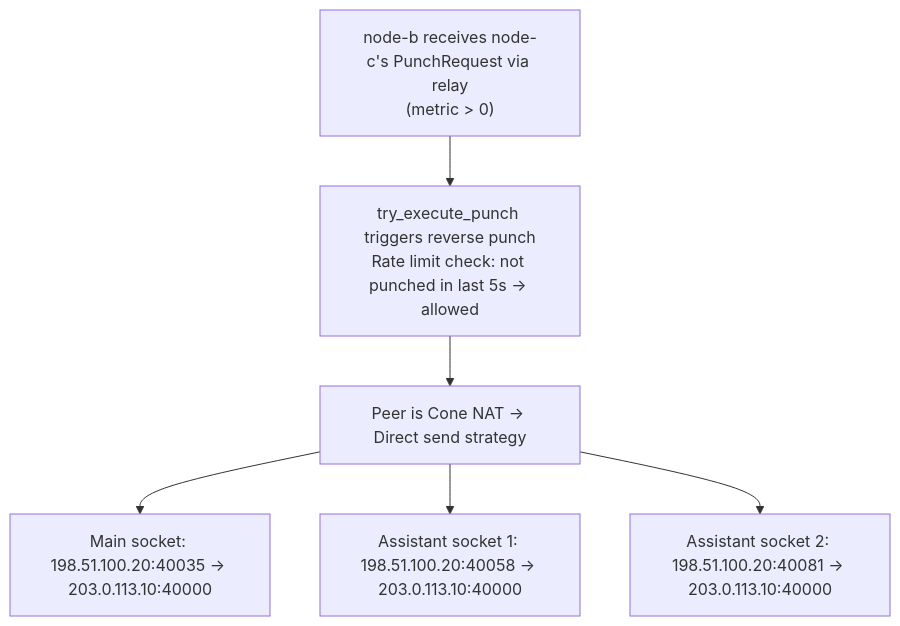
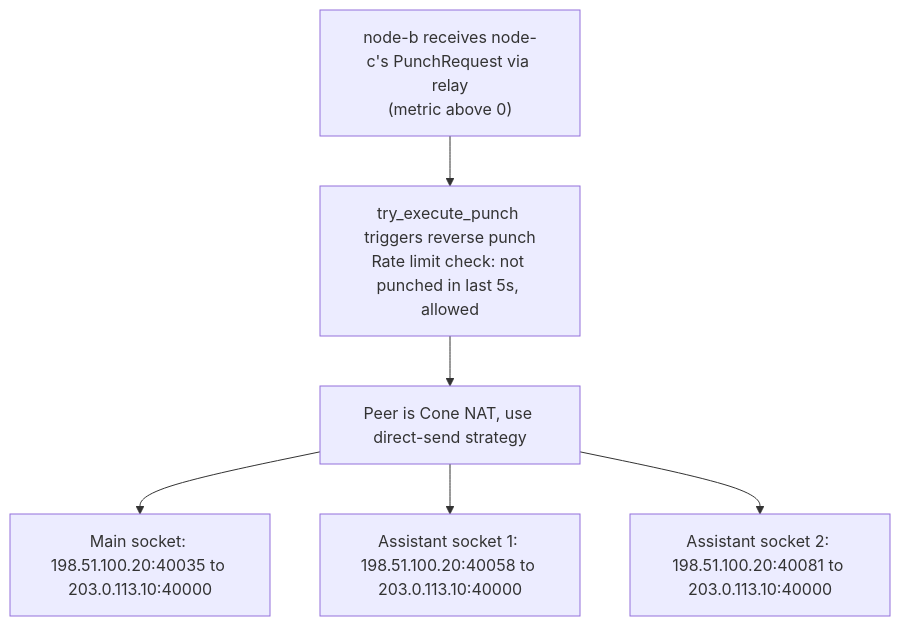
Diagram 19 of 27 in docs/nat-punch-principles.md (rustp2p/rustp2p), drawn with Mermaid before and after one commit. The commit also changed other lines of this file, not shown here.

First line of the commit message:
docs: 修正 nat-punch-principles 中 Mermaid 连线语法渲染错误 (#24)

````diff
--- a/docs/nat-punch-principles.md
+++ b/docs/nat-punch-principles.md
@@ -616,15 +616,15 @@
 ```mermaid
 flowchart TD
-    RECV["node-b receives node-c's PunchRequest via relay<br/>(metric > 0)"]
-    RATE["try_execute_punch triggers reverse punch<br/>Rate limit check: not punched in last 5s → allowed"]
-    CONE["Peer is Cone NAT → Direct send strategy"]
-    SEND1["Main socket: 198.51.100.20:40035 → 203.0.113.10:40000"]
-    SEND2["Assistant socket 1: 198.51.100.20:40058 → 203.0.113.10:40000"]
-    SEND3["Assistant socket 2: 198.51.100.20:40081 → 203.0.113.10:40000"]
+    RECV["node-b receives node-c's PunchRequest via relay<br/>(metric above 0)"]
+    RATE["try_execute_punch triggers reverse punch<br/>Rate limit check: not punched in last 5s, allowed"]
+    CONE["Peer is Cone NAT, use direct-send strategy"]
+    SEND1["Main socket: 198.51.100.20:40035 to 203.0.113.10:40000"]
+    SEND2["Assistant socket 1: 198.51.100.20:40058 to 203.0.113.10:40000"]
+    SEND3["Assistant socket 2: 198.51.100.20:40081 to 203.0.113.10:40000"]
 
     RECV --> RATE
     RATE --> CONE
     CONE --> SEND1
     CONE --> SEND2
     CONE --> SEND3
 ```
````
